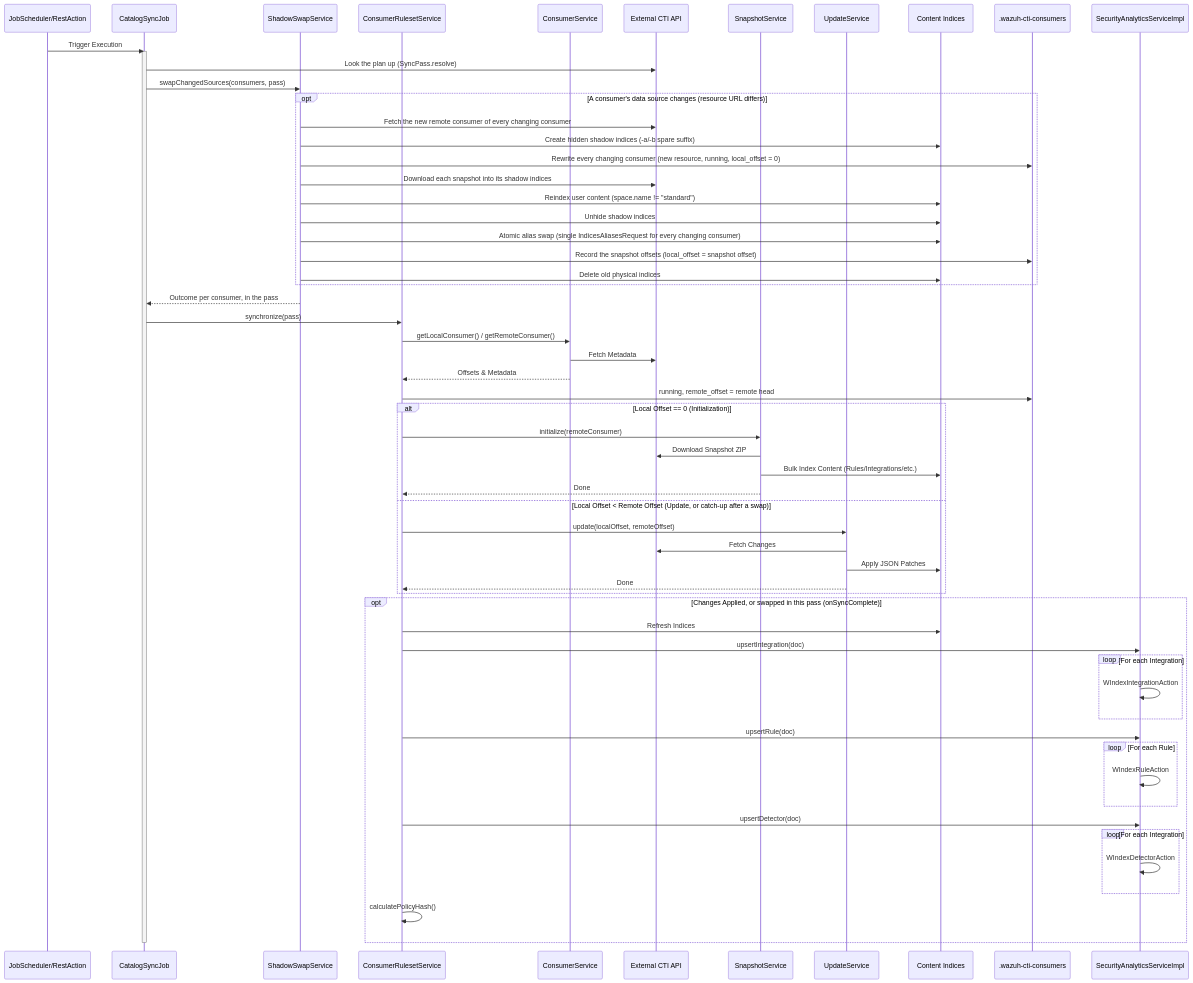
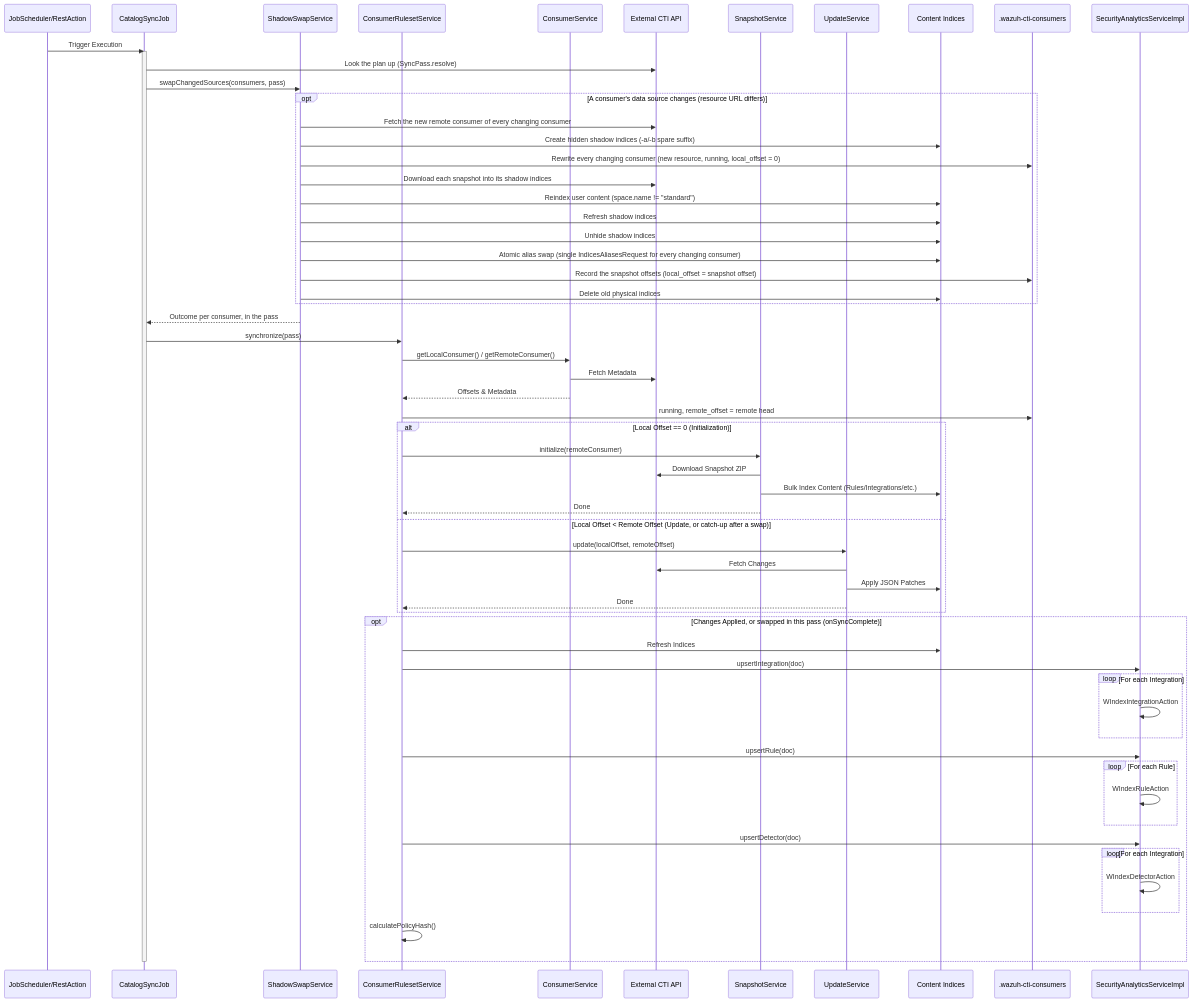
Before and after one commit to wazuh/wazuh-indexer-plugins: the third of 12 diagrams in docs/dev/plugins/content-manager.md, drawn with Mermaid. The commit also changed other lines of this file and 9 other files, not shown here.

````diff
--- a/docs/dev/plugins/content-manager.md
+++ b/docs/dev/plugins/content-manager.md
@@ -597,75 +598,76 @@
 ```mermaid
 sequenceDiagram
     participant Scheduler as JobScheduler/RestAction
     participant SyncJob as CatalogSyncJob
     participant Swap as ShadowSwapService
     participant Synchronizer as ConsumerRulesetService
     participant ConsumerSvc as ConsumerService
     participant CTI as External CTI API
     participant Snapshot as SnapshotService
     participant Update as UpdateService
     participant Indices as Content Indices
     participant Consumers as .wazuh-cti-consumers
     participant SA as SecurityAnalyticsServiceImpl
 
     Scheduler->>SyncJob: Trigger Execution
     activate SyncJob
 
     SyncJob->>CTI: Look the plan up (SyncPass.resolve)
 
     SyncJob->>Swap: swapChangedSources(consumers, pass)
     opt A consumer's data source changes (resource URL differs)
         Swap->>CTI: Fetch the new remote consumer of every changing consumer
         Swap->>Indices: Create hidden shadow indices (-a/-b spare suffix)
         Swap->>Consumers: Rewrite every changing consumer (new resource, running, local_offset = 0)
         Swap->>CTI: Download each snapshot into its shadow indices
         Swap->>Indices: Reindex user content (space.name != "standard")
+        Swap->>Indices: Refresh shadow indices
         Swap->>Indices: Unhide shadow indices
         Swap->>Indices: Atomic alias swap (single IndicesAliasesRequest for every changing consumer)
         Swap->>Consumers: Record the snapshot offsets (local_offset = snapshot offset)
         Swap->>Indices: Delete old physical indices
     end
     Swap-->>SyncJob: Outcome per consumer, in the pass
 
     SyncJob->>Synchronizer: synchronize(pass)
 
     Synchronizer->>ConsumerSvc: getLocalConsumer() / getRemoteConsumer()
     ConsumerSvc->>CTI: Fetch Metadata
     ConsumerSvc-->>Synchronizer: Offsets & Metadata
     Synchronizer->>Consumers: running, remote_offset = remote head
 
     alt Local Offset == 0 (Initialization)
         Synchronizer->>Snapshot: initialize(remoteConsumer)
         Snapshot->>CTI: Download Snapshot ZIP
         Snapshot->>Indices: Bulk Index Content (Rules/Integrations/etc.)
         Snapshot-->>Synchronizer: Done
     else Local Offset < Remote Offset (Update, or catch-up after a swap)
         Synchronizer->>Update: update(localOffset, remoteOffset)
         Update->>CTI: Fetch Changes
         Update->>Indices: Apply JSON Patches
         Update-->>Synchronizer: Done
     end
 
     opt Changes Applied, or swapped in this pass (onSyncComplete)
         Synchronizer->>Indices: Refresh Indices
 
         Synchronizer->>SA: upsertIntegration(doc)
         loop For each Integration
             SA->>SA: WIndexIntegrationAction
         end
 
         Synchronizer->>SA: upsertRule(doc)
         loop For each Rule
             SA->>SA: WIndexRuleAction
         end
 
         Synchronizer->>SA: upsertDetector(doc)
         loop For each Integration
             SA->>SA: WIndexDetectorAction
         end
 
         Synchronizer->>Synchronizer: calculatePolicyHash()
     end
 
     deactivate SyncJob
 ```
````
